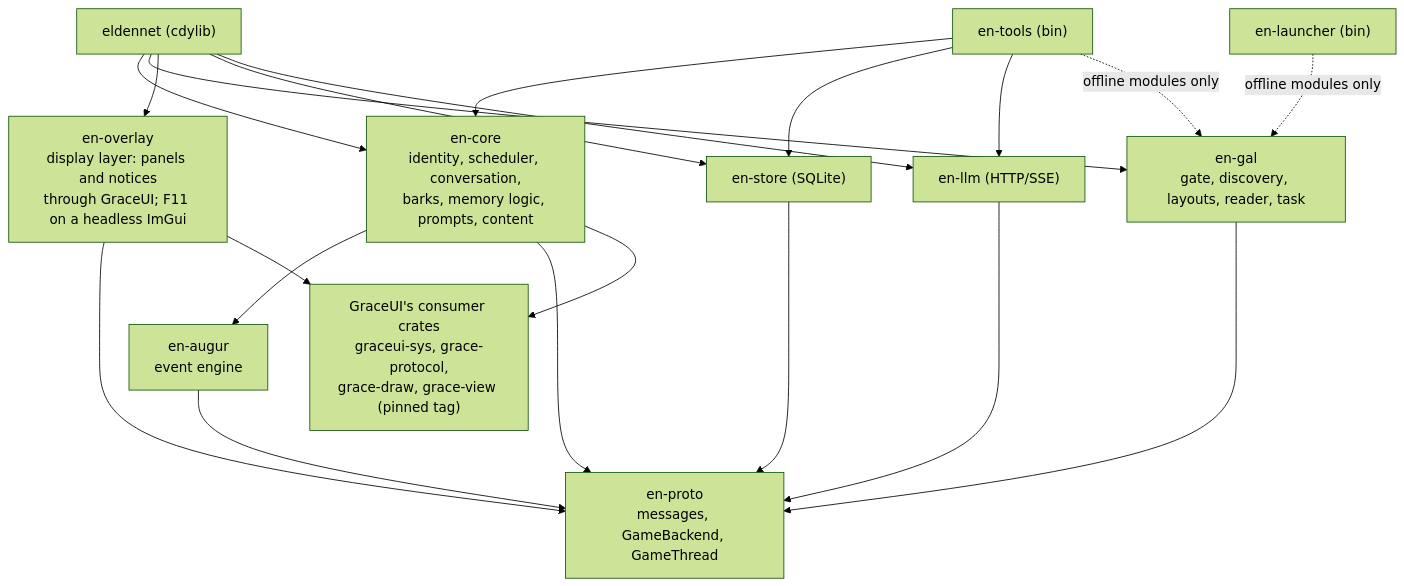
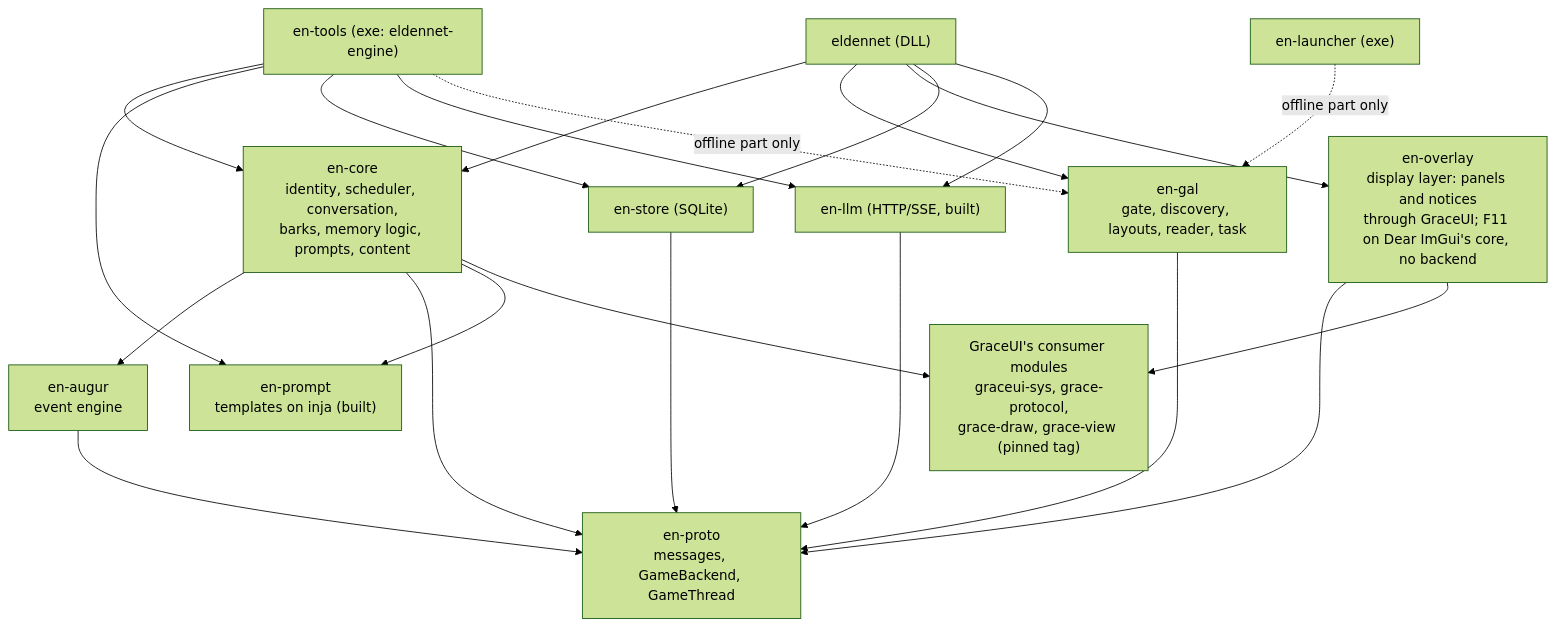
Before and after one commit to Pt0l3my/EldenNet: the third of 9 diagrams in docs/design/architecture.md, drawn with Mermaid (forest theme). The commit also changed other lines of this file and 8 other files, not shown here.

````diff
--- a/docs/design/architecture.md
+++ b/docs/design/architecture.md
@@ -179,27 +192,29 @@
 ```mermaid
 flowchart TB
   PROTO["en-proto<br/>messages, GameBackend, GameThread"]
   AUG["en-augur<br/>event engine"]
+  PROMPT["en-prompt<br/>templates on inja (built)"]
   CORE["en-core<br/>identity, scheduler, conversation,<br/>barks, memory logic, prompts, content"]
   STORE["en-store (SQLite)"]
-  LLM["en-llm (HTTP/SSE)"]
+  LLM["en-llm (HTTP/SSE, built)"]
   GAL["en-gal<br/>gate, discovery, layouts, reader, task"]
-  OVL["en-overlay<br/>display layer: panels and notices<br/>through GraceUI; F11 on a headless ImGui"]
-  GUI["GraceUI's consumer crates<br/>graceui-sys, grace-protocol,<br/>grace-draw, grace-view (pinned tag)"]
-  DLL["eldennet (cdylib)"]
-  LAUNCH["en-launcher (bin)"]
-  TOOLS["en-tools (bin)"]
+  OVL["en-overlay<br/>display layer: panels and notices<br/>through GraceUI; F11 on Dear ImGui's core, no backend"]
+  GUI["GraceUI's consumer modules<br/>graceui-sys, grace-protocol,<br/>grace-draw, grace-view (pinned tag)"]
+  DLL["eldennet (DLL)"]
+  LAUNCH["en-launcher (exe)"]
+  TOOLS["en-tools (exe: eldennet-engine)"]
   AUG --> PROTO
   CORE --> AUG
   CORE --> PROTO
+  CORE --> PROMPT
   STORE --> PROTO
   LLM --> PROTO
   GAL --> PROTO
   OVL --> PROTO
   OVL --> GUI
   CORE --> GUI
   DLL --> CORE & GAL & OVL & STORE & LLM
-  TOOLS --> CORE & STORE & LLM
-  TOOLS -.->|"offline modules only"| GAL
-  LAUNCH -.->|"offline modules only"| GAL
+  TOOLS --> CORE & PROMPT & STORE & LLM
+  TOOLS -.->|"offline part only"| GAL
+  LAUNCH -.->|"offline part only"| GAL
 ```
````
